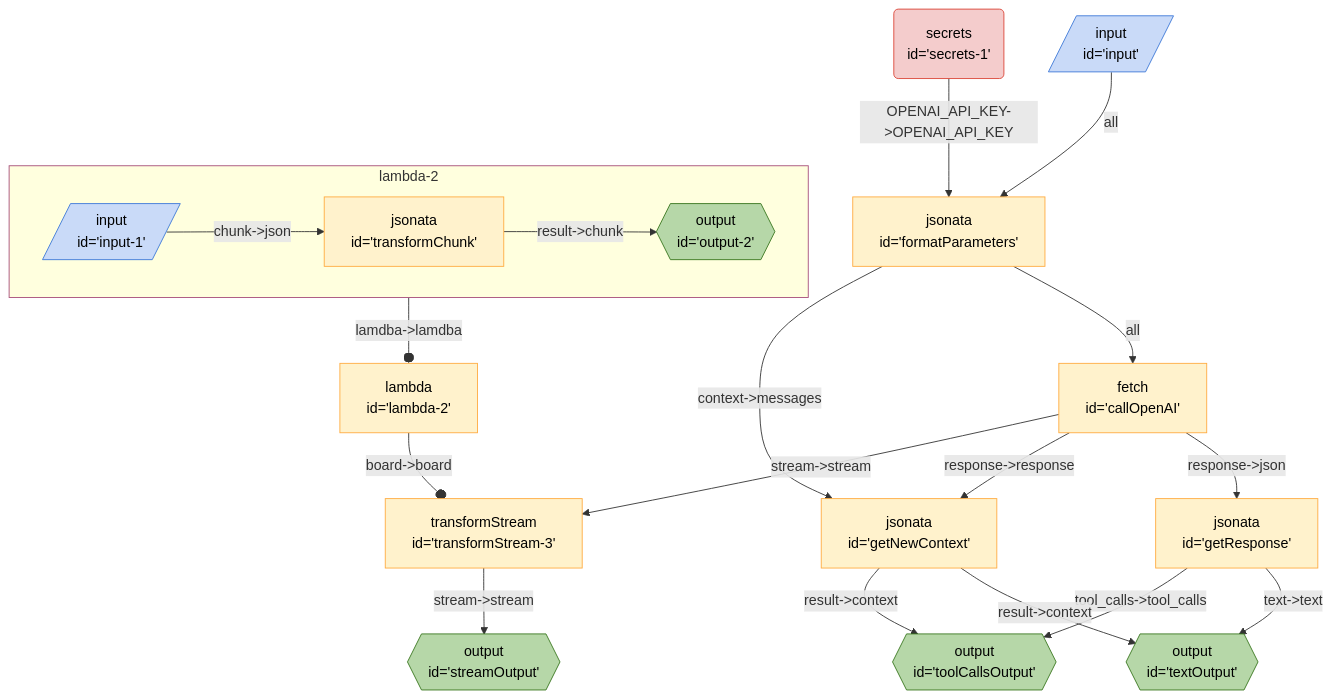
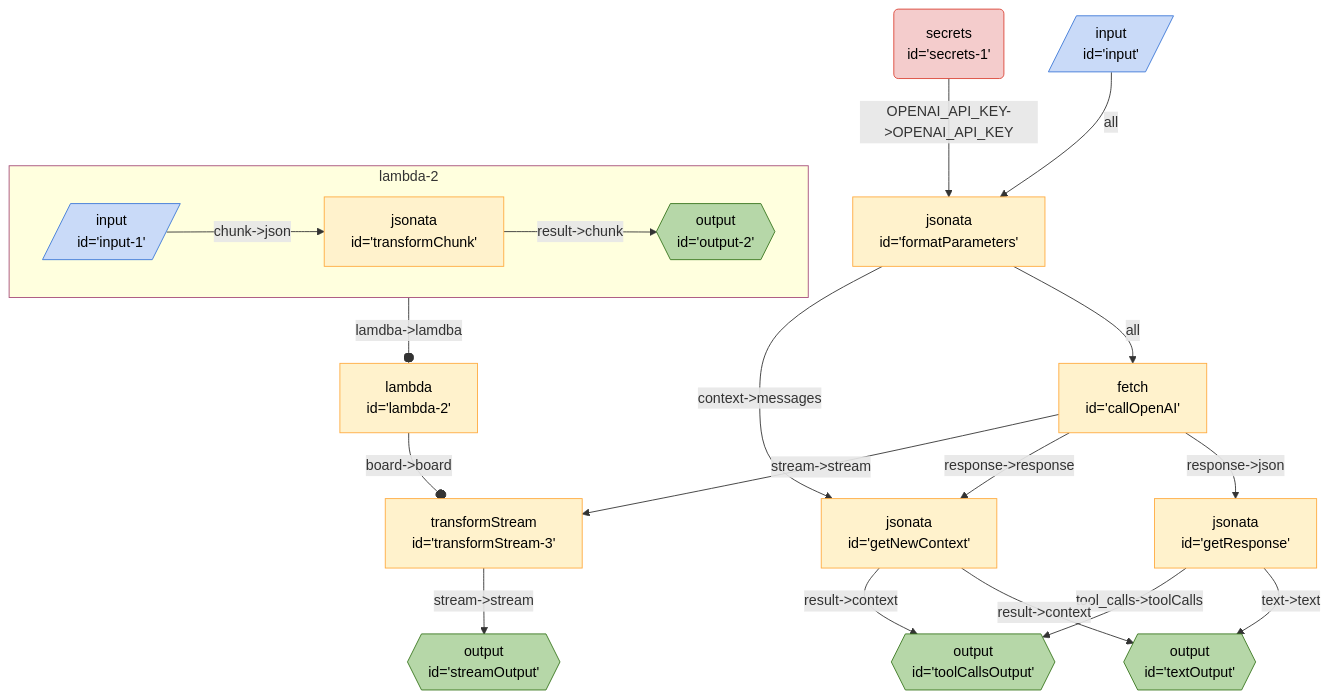
Before and after one commit to breadboard-ai/breadboard: the diagram in seeds/breadboard-web/docs/graphs/openai-gpt-35-turbo.md, drawn with Mermaid. The commit also changed 5 other files, not shown here.

````diff
--- a/seeds/breadboard-web/docs/graphs/openai-gpt-35-turbo.md
+++ b/seeds/breadboard-web/docs/graphs/openai-gpt-35-turbo.md
@@ -3,31 +3,31 @@
 ```mermaid
 %%{init: 'themeVariables': { 'fontFamily': 'Fira Code, monospace' }}%%
 graph TD;
 input[/"input <br> id='input'"/]:::input -- all --> formatParameters["jsonata <br> id='formatParameters'"]
 secrets1("secrets <br> id='secrets-1'"):::secrets -- "OPENAI_API_KEY->OPENAI_API_KEY" --> formatParameters["jsonata <br> id='formatParameters'"]
 formatParameters["jsonata <br> id='formatParameters'"] -- all --> callOpenAI["fetch <br> id='callOpenAI'"]
 formatParameters["jsonata <br> id='formatParameters'"] -- "context->messages" --> getNewContext["jsonata <br> id='getNewContext'"]
 lambda2["lambda <br> id='lambda-2'"] -- "board->board" --o transformStream3["transformStream <br> id='transformStream-3'"]
 subgraph sg_lambda2 [lambda-2]
 lambda2_transformChunk["jsonata <br> id='transformChunk'"] -- "result->chunk" --> lambda2_output2{{"output <br> id='output-2'"}}:::output
 lambda2_input1[/"input <br> id='input-1'"/]:::input -- "chunk->json" --> lambda2_transformChunk["jsonata <br> id='transformChunk'"]
 end
 sg_lambda2:::slotted -- "lamdba->lamdba" --o lambda2
 
 getResponse["jsonata <br> id='getResponse'"] -- "text->text" --> textOutput{{"output <br> id='textOutput'"}}:::output
-getResponse["jsonata <br> id='getResponse'"] -- "tool_calls->tool_calls" --> toolCallsOutput{{"output <br> id='toolCallsOutput'"}}:::output
+getResponse["jsonata <br> id='getResponse'"] -- "tool_calls->toolCalls" --> toolCallsOutput{{"output <br> id='toolCallsOutput'"}}:::output
 callOpenAI["fetch <br> id='callOpenAI'"] -- "response->json" --> getResponse["jsonata <br> id='getResponse'"]
 getNewContext["jsonata <br> id='getNewContext'"] -- "result->context" --> textOutput{{"output <br> id='textOutput'"}}:::output
 getNewContext["jsonata <br> id='getNewContext'"] -- "result->context" --> toolCallsOutput{{"output <br> id='toolCallsOutput'"}}:::output
 callOpenAI["fetch <br> id='callOpenAI'"] -- "response->response" --> getNewContext["jsonata <br> id='getNewContext'"]
 transformStream3["transformStream <br> id='transformStream-3'"] -- "stream->stream" --> streamOutput{{"output <br> id='streamOutput'"}}:::output
 callOpenAI["fetch <br> id='callOpenAI'"] -- "stream->stream" --> transformStream3["transformStream <br> id='transformStream-3'"]
 classDef default stroke:#ffab40,fill:#fff2ccff,color:#000
 classDef input stroke:#3c78d8,fill:#c9daf8ff,color:#000
 classDef output stroke:#38761d,fill:#b6d7a8ff,color:#000
 classDef passthrough stroke:#a64d79,fill:#ead1dcff,color:#000
 classDef slot stroke:#a64d79,fill:#ead1dcff,color:#000
 classDef config stroke:#a64d79,fill:#ead1dcff,color:#000
 classDef secrets stroke:#db4437,fill:#f4cccc,color:#000
 classDef slotted stroke:#a64d79
 ```
````
